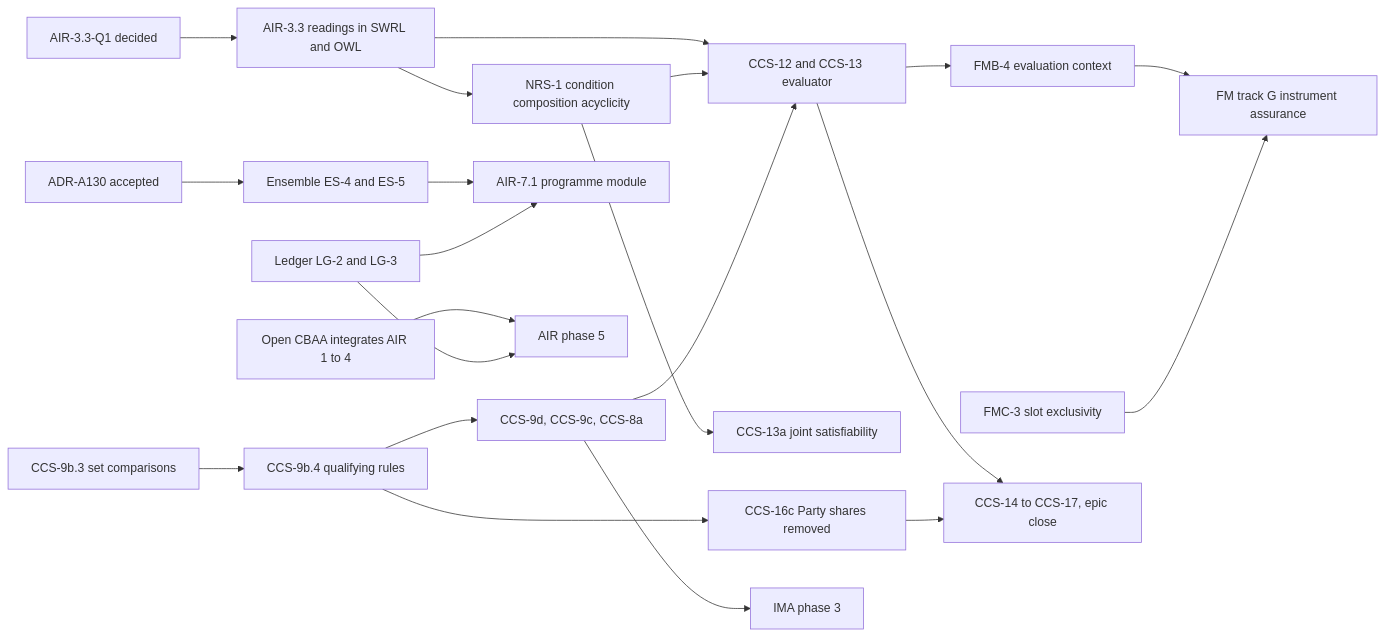
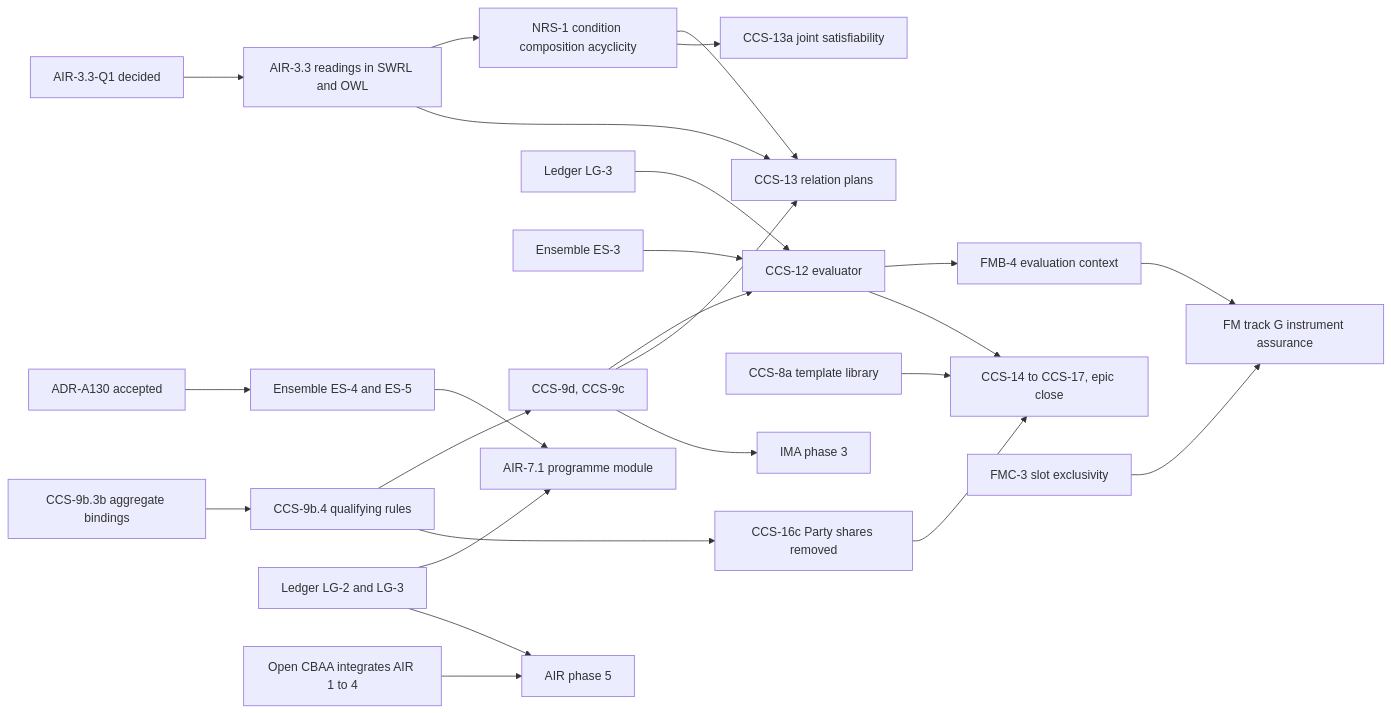
One commit to nebularis/lattice changed diagram 23 of 24 in docs/developer/ROADMAP.md. Above: the diagram before and after it, drawn with Mermaid. The commit also changed other lines of this file and 6 other files, not shown here.

````diff
--- a/docs/developer/ROADMAP.md
+++ b/docs/developer/ROADMAP.md
@@ -785,23 +772,27 @@
 ```mermaid
 flowchart LR
     Q1["AIR-3.3-Q1 decided"] --> AIR33["AIR-3.3 readings in SWRL and OWL"]
     AIR33 --> NRS1["NRS-1 condition composition acyclicity"]
-    AIR33 --> CCS12["CCS-12 and CCS-13 evaluator"]
-    NRS1 --> CCS12
+    AIR33 --> CCS13["CCS-13 relation plans"]
+    NRS1 --> CCS13
     NRS1 --> CCS13a["CCS-13a joint satisfiability"]
-    K93["CCS-9b.3 set comparisons"] --> K94["CCS-9b.4 qualifying rules"]
-    K94 --> REST["CCS-9d, CCS-9c, CCS-8a"]
-    REST --> CCS12
+    K93["CCS-9b.3b aggregate bindings"] --> K94["CCS-9b.4 qualifying rules"]
+    K94 --> REST["CCS-9d, CCS-9c"]
+    REST --> CCS12["CCS-12 evaluator"]
+    REST --> CCS13
+    LG3C["Ledger LG-3"] --> CCS12
+    ES3C["Ensemble ES-3"] --> CCS12
+    K8A["CCS-8a template library"] --> CLOSE
     K94 --> K16c["CCS-16c Party shares removed"]
     CCS12 --> FMB4["FMB-4 evaluation context"]
     FMB4 --> G["FM track G instrument assurance"]
     FMC3["FMC-3 slot exclusivity"] --> G
     CCS12 --> CLOSE["CCS-14 to CCS-17, epic close"]
     K16c --> CLOSE
     REST --> IMA3["IMA phase 3"]
     A130["ADR-A130 accepted"] --> ES45["Ensemble ES-4 and ES-5"]
     ES45 --> AIR71["AIR-7.1 programme module"]
     LG23["Ledger LG-2 and LG-3"] --> AIR71
     CBAA["Open CBAA integrates AIR 1 to 4"] --> AIR5["AIR phase 5"]
     LG23 --> AIR5
 ```
````
